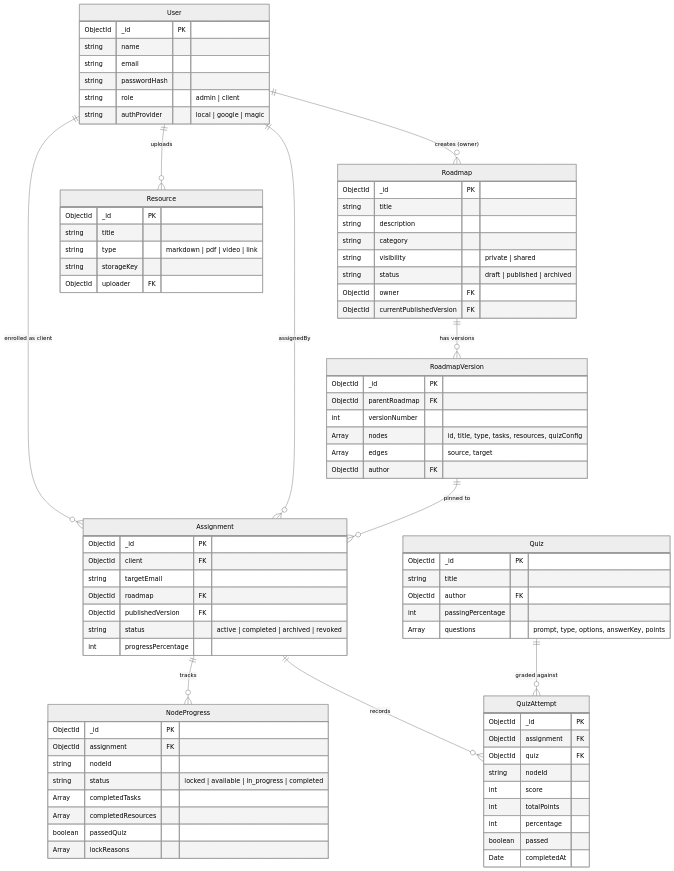
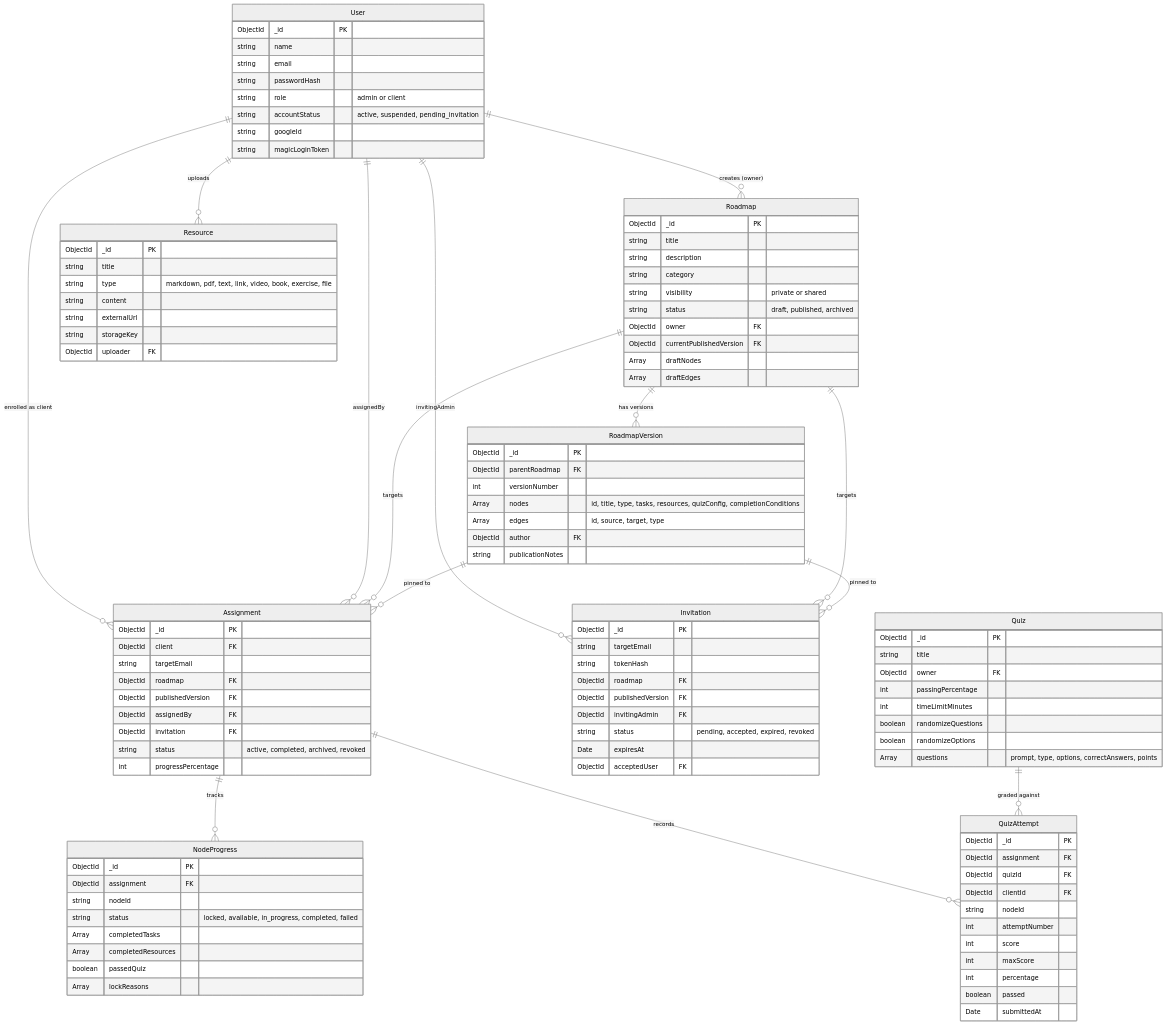
The third of 3 diagrams in README.md (thekrishmellow/mernfinalproject), drawn with Mermaid (neutral theme) before and after one commit. The commit also changed other lines of this file, not shown here.

Commit message:
docs: complete technical audit of README against codebase and update API, ERD, and env tables

```diff
--- a/README.md
+++ b/README.md
@@ -396,20 +431,26 @@
     User ||--o{ Roadmap : "creates (owner)"
     User ||--o{ Assignment : "enrolled as client"
     User ||--o{ Assignment : "assignedBy"
+    User ||--o{ Invitation : "invitingAdmin"
+    User ||--o{ Resource : "uploads"
     Roadmap ||--o{ RoadmapVersion : "has versions"
+    Roadmap ||--o{ Assignment : "targets"
+    Roadmap ||--o{ Invitation : "targets"
     RoadmapVersion ||--o{ Assignment : "pinned to"
+    RoadmapVersion ||--o{ Invitation : "pinned to"
     Assignment ||--o{ NodeProgress : "tracks"
     Assignment ||--o{ QuizAttempt : "records"
     Quiz ||--o{ QuizAttempt : "graded against"
-    User ||--o{ Resource : "uploads"
 
     User {
         ObjectId _id PK
         string name
         string email
         string passwordHash
-        string role "admin | client"
-        string authProvider "local | google | magic"
+        string role "admin or client"
+        string accountStatus "active, suspended, pending_invitation"
+        string googleId
+        string magicLoginToken
     }
 
     Roadmap {
@@ -417,19 +458,34 @@
         string title
         string description
         string category
-        string visibility "private | shared"
-        string status "draft | published | archived"
+        string visibility "private or shared"
+        string status "draft, published, archived"
         ObjectId owner FK
         ObjectId currentPublishedVersion FK
+        Array draftNodes
+        Array draftEdges
     }
 
     RoadmapVersion {
         ObjectId _id PK
         ObjectId parentRoadmap FK
         int versionNumber
-        Array nodes "id, title, type, tasks, resources, quizConfig"
-        Array edges "source, target"
+        Array nodes "id, title, type, tasks, resources, quizConfig, completionConditions"
+        Array edges "id, source, target, type"
         ObjectId author FK
+        string publicationNotes
+    }
+
+    Invitation {
+        ObjectId _id PK
+        string targetEmail
+        string tokenHash
+        ObjectId roadmap FK
+        ObjectId publishedVersion FK
+        ObjectId invitingAdmin FK
+        string status "pending, accepted, expired, revoked"
+        Date expiresAt
+        ObjectId acceptedUser FK
     }
 
     Assignment {
@@ -438,7 +494,9 @@
         string targetEmail
         ObjectId roadmap FK
         ObjectId publishedVersion FK
-        string status "active | completed | archived | revoked"
+        ObjectId assignedBy FK
+        ObjectId invitation FK
+        string status "active, completed, archived, revoked"
         int progressPercentage
     }
 
@@ -446,7 +504,7 @@
         ObjectId _id PK
         ObjectId assignment FK
         string nodeId
-        string status "locked | available | in_progress | completed"
+        string status "locked, available, in_progress, completed, failed"
         Array completedTasks
         Array completedResources
         boolean passedQuiz
@@ -456,27 +514,34 @@
     Quiz {
         ObjectId _id PK
         string title
-        ObjectId author FK
+        ObjectId owner FK
         int passingPercentage
-        Array questions "prompt, type, options, answerKey, points"
+        int timeLimitMinutes
+        boolean randomizeQuestions
+        boolean randomizeOptions
+        Array questions "prompt, type, options, correctAnswers, points"
     }
 
     QuizAttempt {
         ObjectId _id PK
         ObjectId assignment FK
-        ObjectId quiz FK
+        ObjectId quizId FK
+        ObjectId clientId FK
         string nodeId
+        int attemptNumber
         int score
-        int totalPoints
+        int maxScore
         int percentage
         boolean passed
-        Date completedAt
+        Date submittedAt
     }
 
     Resource {
         ObjectId _id PK
         string title
-        string type "markdown | pdf | video | link"
+        string type "markdown, pdf, text, link, video, book, exercise, file"
+        string content
+        string externalUrl
         string storageKey
         ObjectId uploader FK
     }
```
